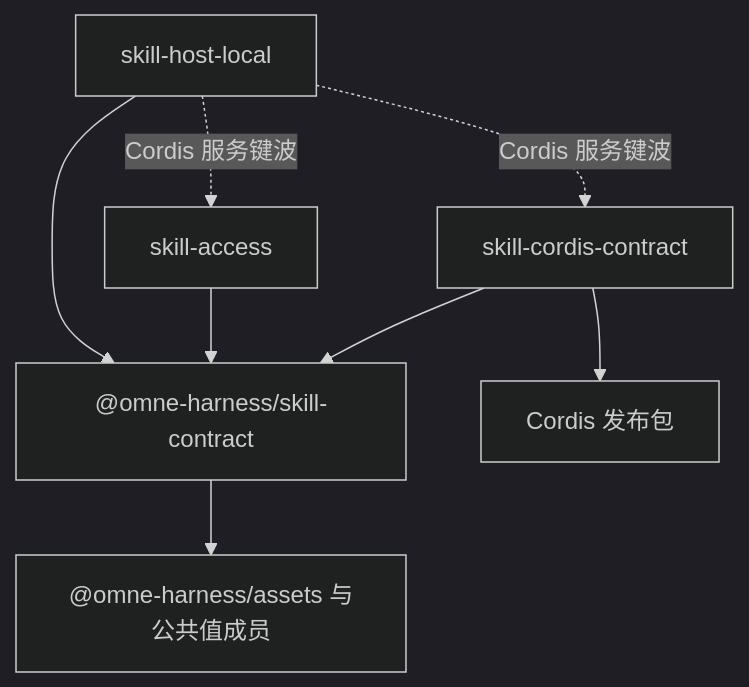
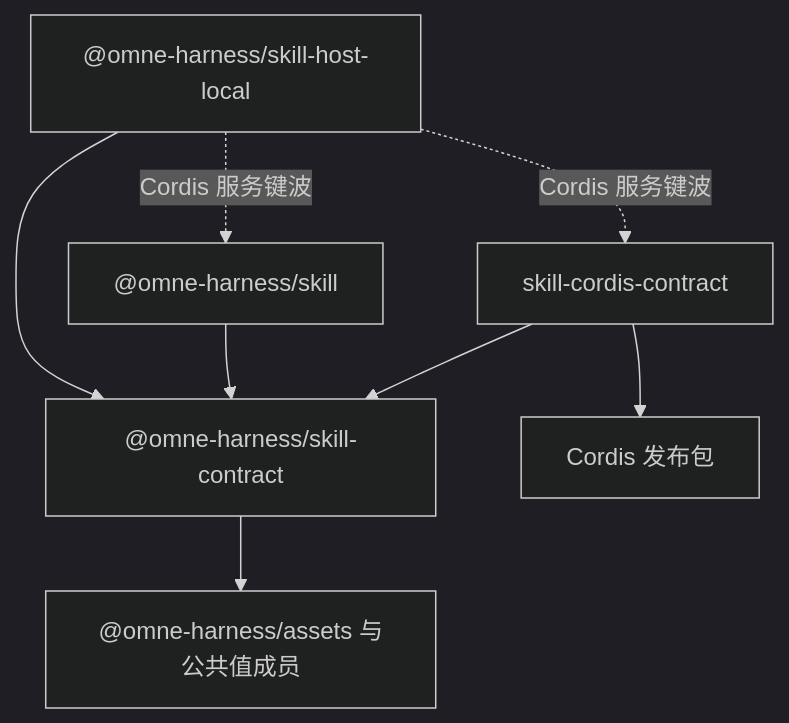
The diagram in packages/skills/README.md (nemori-ai/omne-harness-lite), drawn with Mermaid (dark theme) before and after one commit. The commit also changed other lines of this file and 224 other files, not shown here.

````diff
--- a/packages/skills/README.md
+++ b/packages/skills/README.md
@@ -29,10 +29,10 @@
 ```mermaid
 flowchart TD
-  H[skill-host-local] -.->|Cordis 服务键波| X[skill-access]
+  H["@omne-harness/skill-host-local"] -.->|Cordis 服务键波| X["@omne-harness/skill"]
   H -.->|Cordis 服务键波| C[skill-cordis-contract]
   H --> K["@omne-harness/skill-contract"]
   X --> K
   C --> K
   C --> R[Cordis 发布包]
   K --> A["@omne-harness/assets 与公共值成员"]
 ```
````
